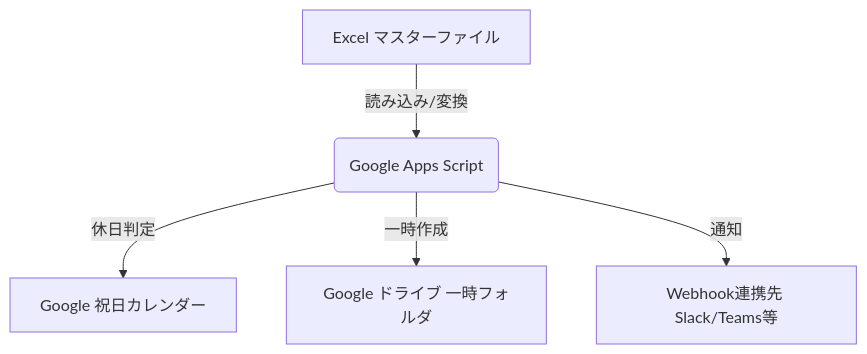
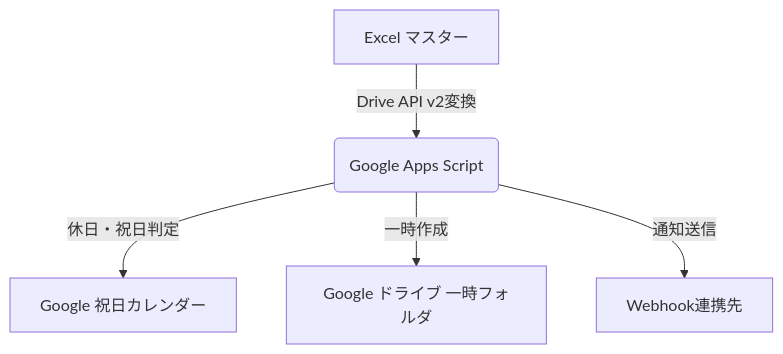
The first of 2 diagrams in docs/勤怠確認事項チェック機能.md (takeshiyoshida76-cell/takeshiyoshida76), drawn with Mermaid before and after one commit. The commit also changed other lines of this file, not shown here.

````diff
--- a/docs/勤怠確認事項チェック機能.md
+++ b/docs/勤怠確認事項チェック機能.md
@@ -11,8 +11,8 @@
 ```mermaid
 graph TD
-    A[Excel マスターファイル] -->|読み込み/変換| B(Google Apps Script)
-    B -->|休日判定| C[Google 祝日カレンダー]
+    A[Excel マスター] -->|Drive API v2変換| B(Google Apps Script)
+    B -->|休日・祝日判定| C[Google 祝日カレンダー]
     B -->|一時作成| D[Google ドライブ 一時フォルダ]
-    B -->|通知| E[Webhook連携先 Slack/Teams等]
+    B -->|通知送信| E[Webhook連携先]
 
 ```
````
